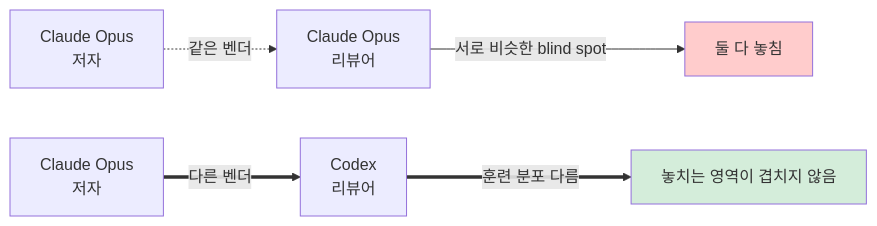
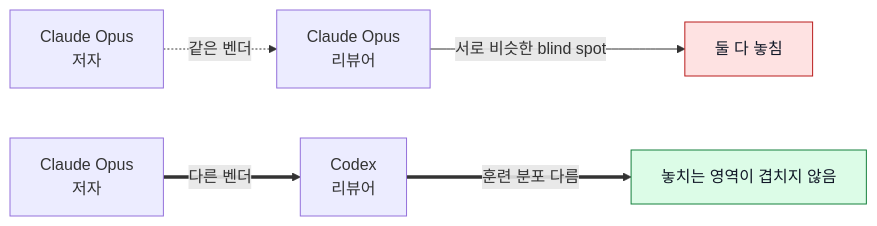
One commit to Jimmy-Jung/ai-symbiote changed the fourth of 12 diagrams in docs/09-검증-레이어-동작원리.md. Above: the diagram before and after it, drawn with Mermaid. The commit also changed other lines of this file and 10 other files, not shown here.

Commit message:
docs(mermaid): 다이어그램 대비 색상 개선

````diff
--- a/docs/09-검증-레이어-동작원리.md
+++ b/docs/09-검증-레이어-동작원리.md
@@ -149,11 +149,11 @@
 ```mermaid
 flowchart LR
     A["Claude Opus<br/>저자"] -.->|같은 벤더| B["Claude Opus<br/>리뷰어"]
     B -->|서로 비슷한 blind spot| C["둘 다 놓침"]
 
     D["Claude Opus<br/>저자"] ==>|다른 벤더| E["Codex<br/>리뷰어"]
     E ==>|훈련 분포 다름| F["놓치는 영역이 겹치지 않음"]
 
-    style C fill:#ffcccc
-    style F fill:#d4edda
+    style C fill:#fee2e2,stroke:#b91c1c,color:#111827
+    style F fill:#dcfce7,stroke:#15803d,color:#111827
 ```
````
